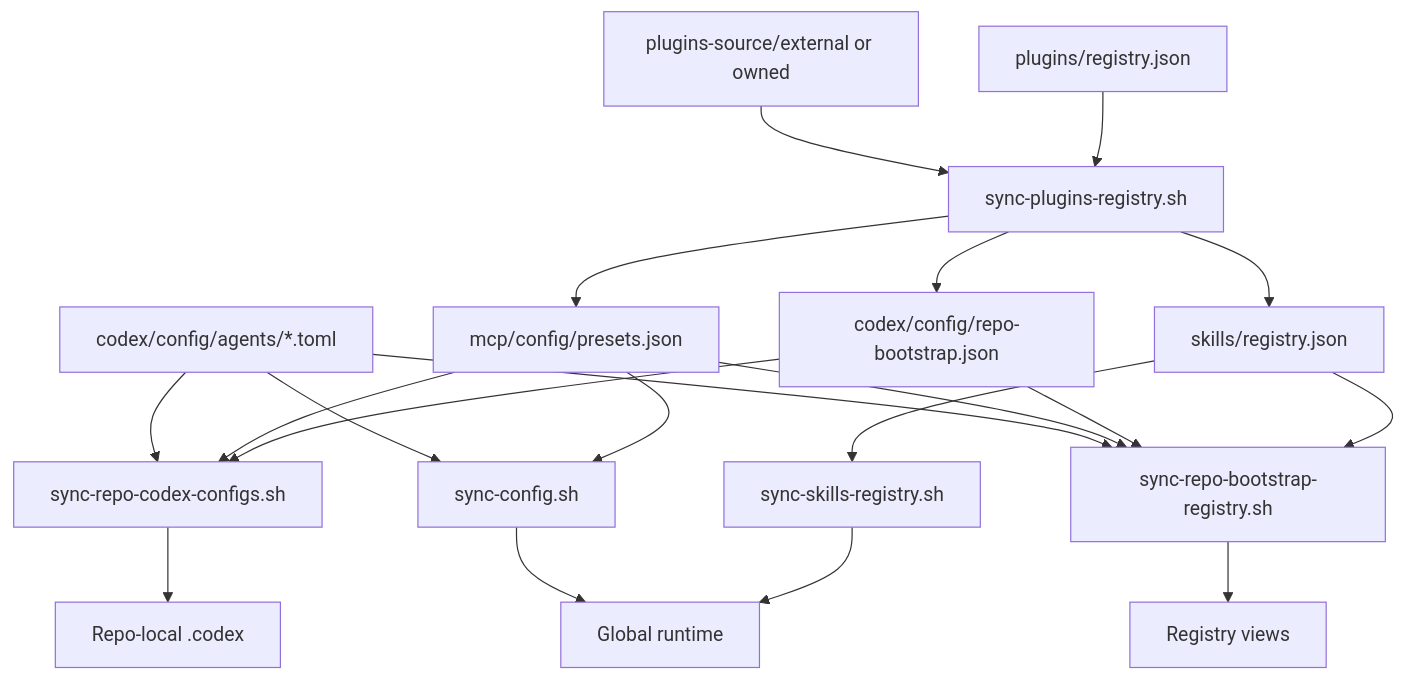
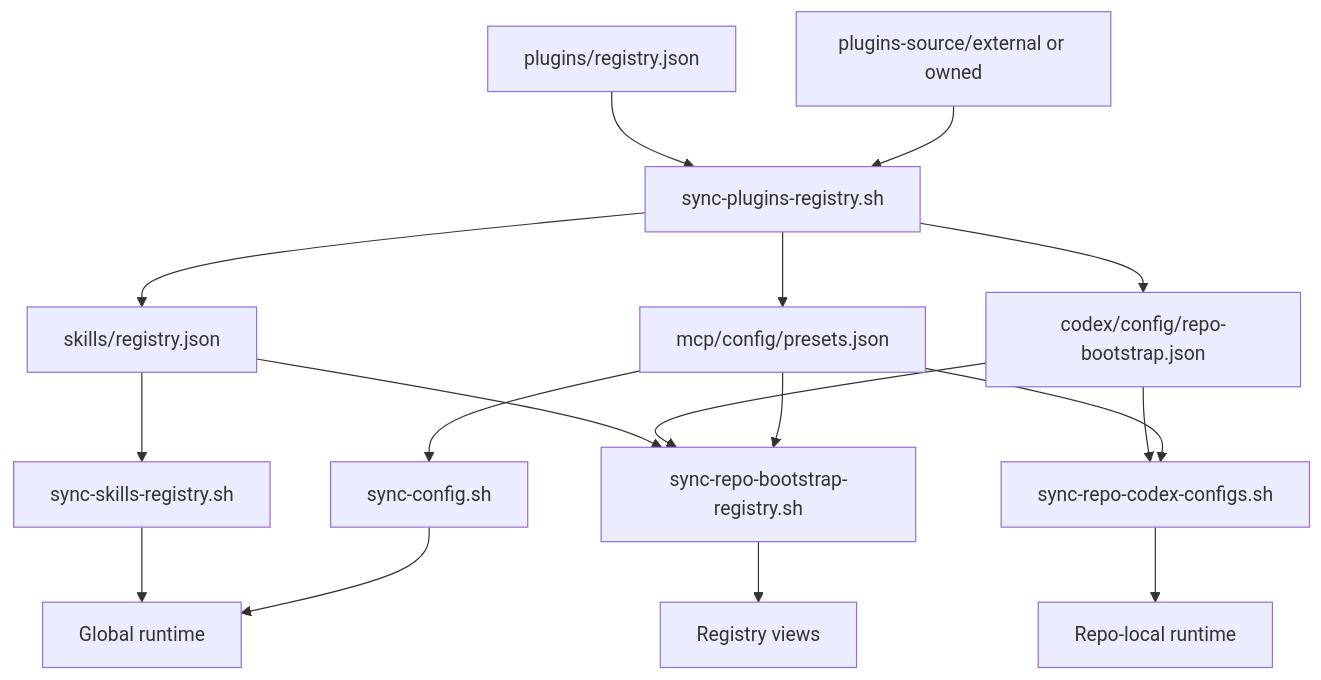
The diagram in docs/architecture/capability-bootstrap-model.md (wisdom-in-a-nutshell/.agents), drawn with Mermaid before and after one commit. The commit also changed other lines of this file and 69 other files, not shown here.

````diff
--- a/docs/architecture/capability-bootstrap-model.md
+++ b/docs/architecture/capability-bootstrap-model.md
@@ -16,37 +9,33 @@
 ```mermaid
 flowchart TD
     P[plugins/registry.json]
     P2[plugins-source/external or owned]
     A[skills/registry.json]
     B[codex/config/repo-bootstrap.json]
     C[mcp/config/presets.json]
-    D[codex/config/agents/*.toml]
     PS[sync-plugins-registry.sh]
     E[sync-skills-registry.sh]
     F[sync-repo-codex-configs.sh]
     G[sync-config.sh]
     H[sync-repo-bootstrap-registry.sh]
     I[Global runtime]
-    J[Repo-local .codex]
+    J[Repo-local runtime]
     K[Registry views]
 
     P --> PS
     P2 --> PS
     PS --> A
     PS --> B
     PS --> C
     A --> E
     A --> H
     B --> F
     B --> H
     C --> F
     C --> G
     C --> H
-    D --> F
-    D --> G
-    D --> H
     E --> I
     F --> J
     G --> I
     H --> K
 ```
````
